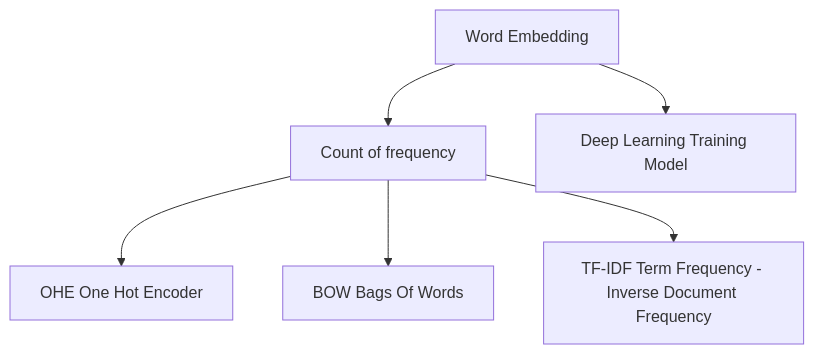
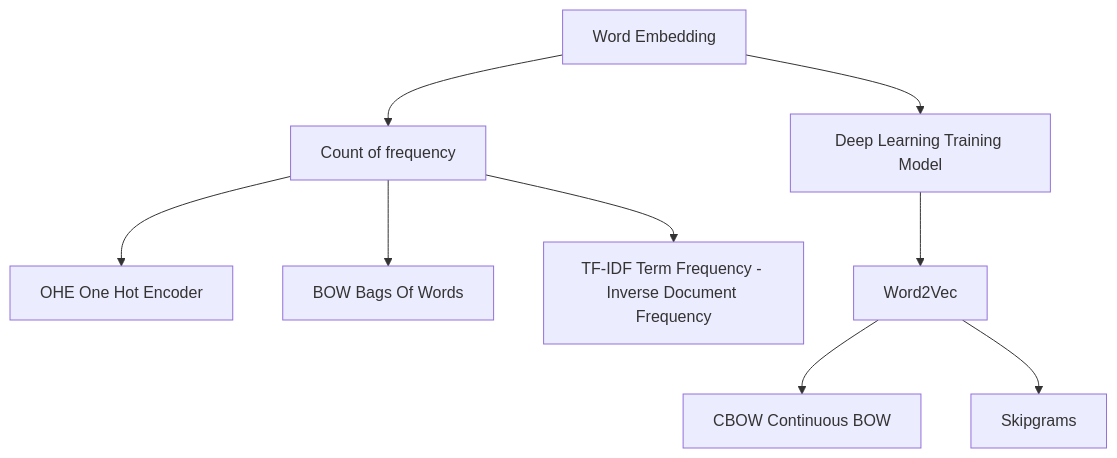
Before and after one commit to Arannamoy-Mondal/NLP-MLOPS: the diagram in NLTK/9 Word Embeddings.md, drawn with Mermaid.

Commit message:
upd:Word Embeddings.ipynb

````diff
--- a/NLTK/9 Word Embeddings.md
+++ b/NLTK/9 Word Embeddings.md
@@ -1,8 +1,11 @@
 ```mermaid
 graph TD;
     A[Word Embedding] --> B[Count of frequency];
     A[Word Embedding] --> C[Deep Learning Training Model];
     B[Count of frequency] --> D[OHE One Hot Encoder];
     B[Count of frequency] --> E[BOW Bags Of Words];
     B[Count of frequency] --> F[TF-IDF Term Frequency - Inverse Document Frequency];
+    C[Deep Learning Training Model] --> G[Word2Vec];
+    G[Word2Vec] --> H[CBOW Continuous BOW];
+    G[Word2Vec] --> I[Skipgrams];
 ```
````
